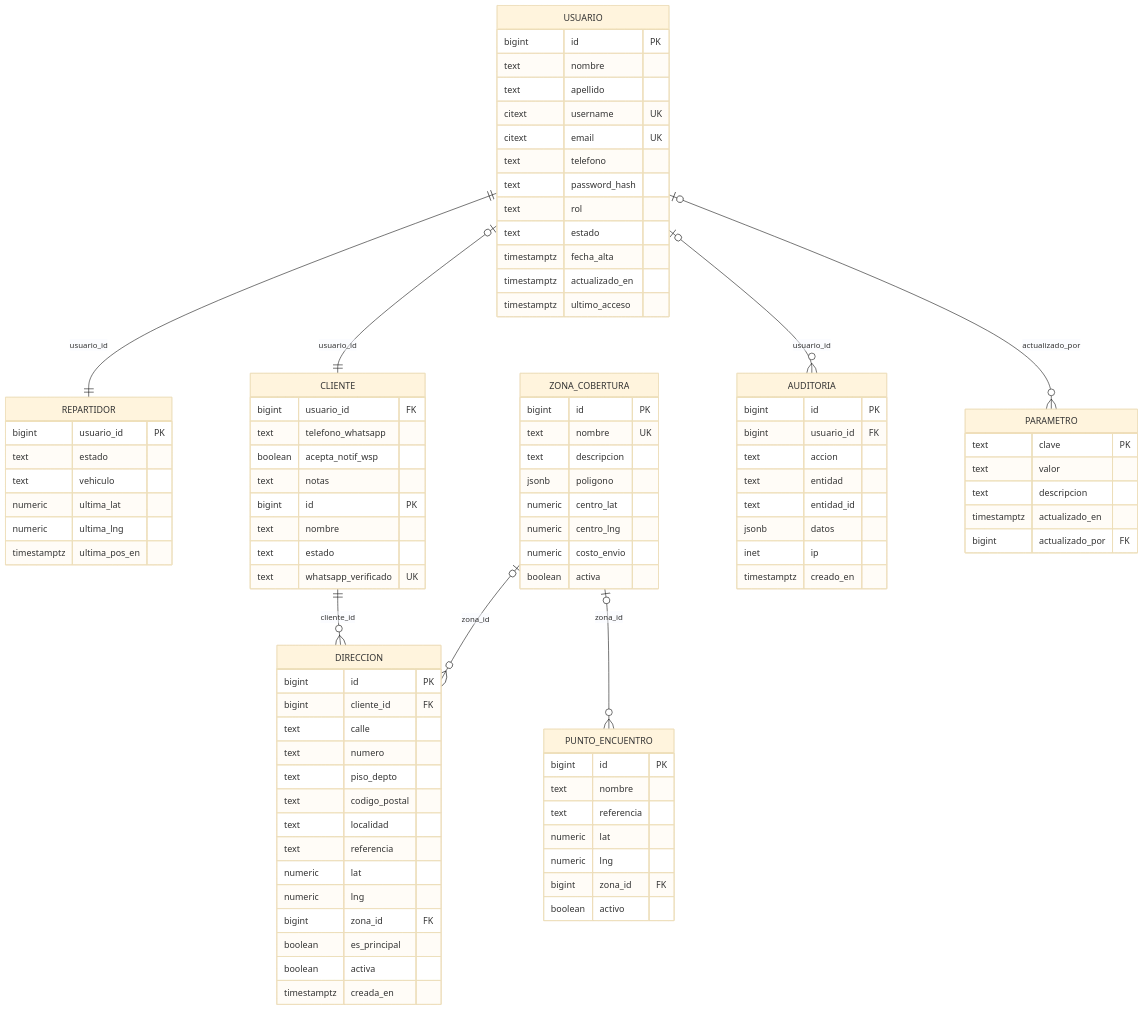
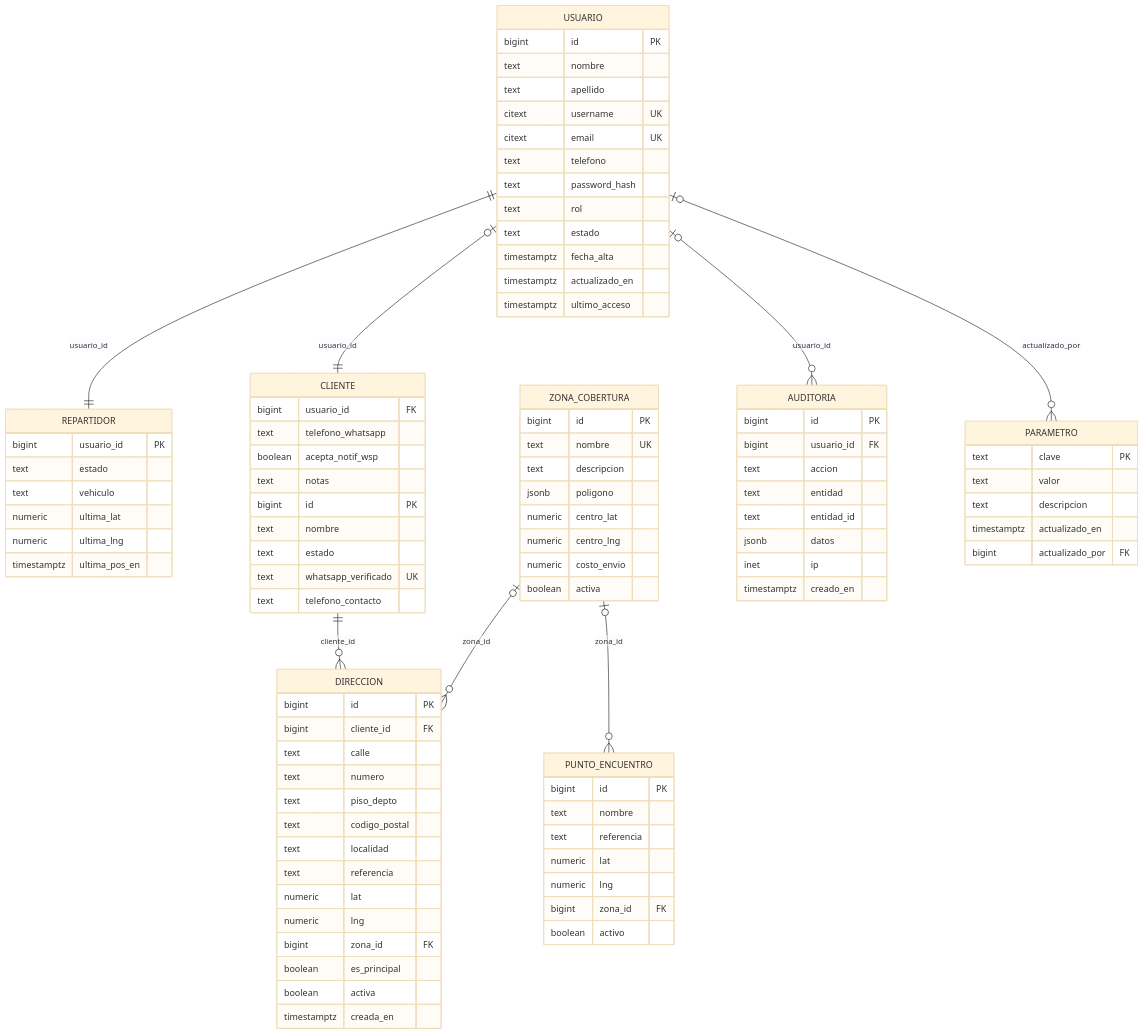
Before and after one commit to Ignapag/Proyecto---Seminario-Integrador-2026: the second of 10 diagrams in docs/DER.md, drawn with Mermaid (base theme). The commit also changed other lines of this file and 9 other files, not shown here.

```diff
--- a/docs/DER.md
+++ b/docs/DER.md
@@ -137,6 +137,7 @@
         text nombre
         text estado
         text whatsapp_verificado UK
+        text telefono_contacto
     }
     ZONA_COBERTURA {
         bigint id PK
```
